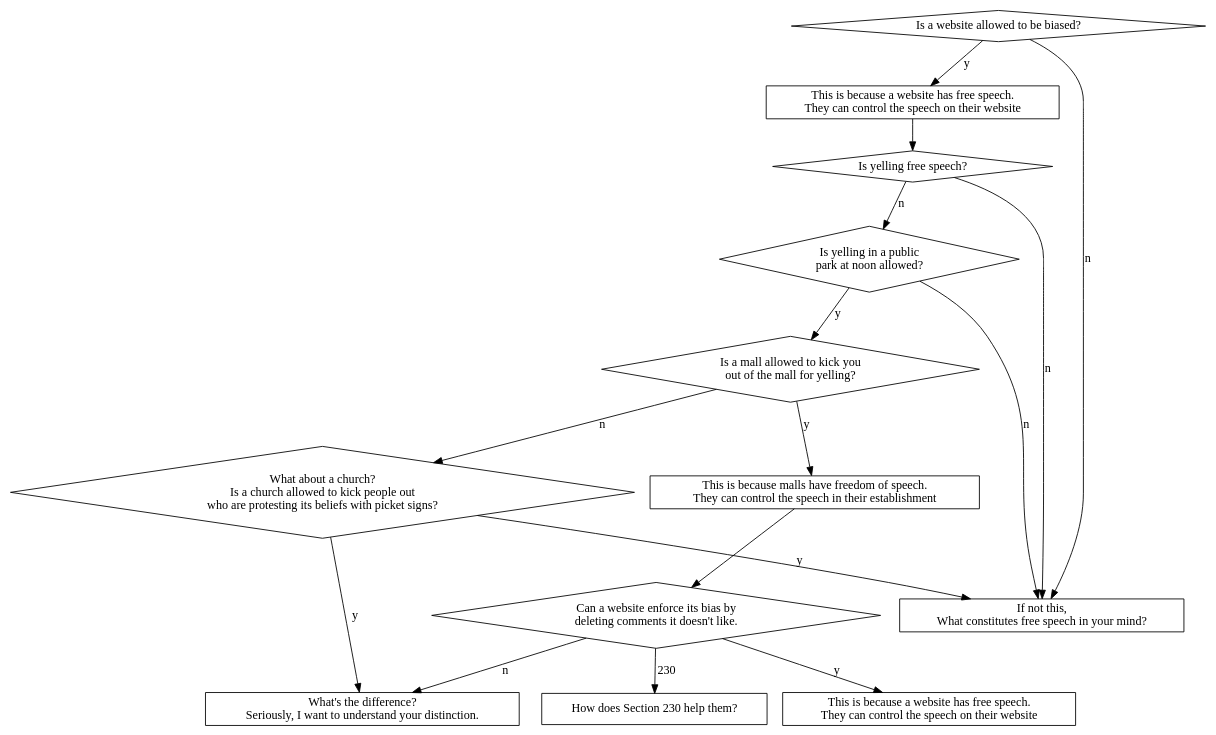
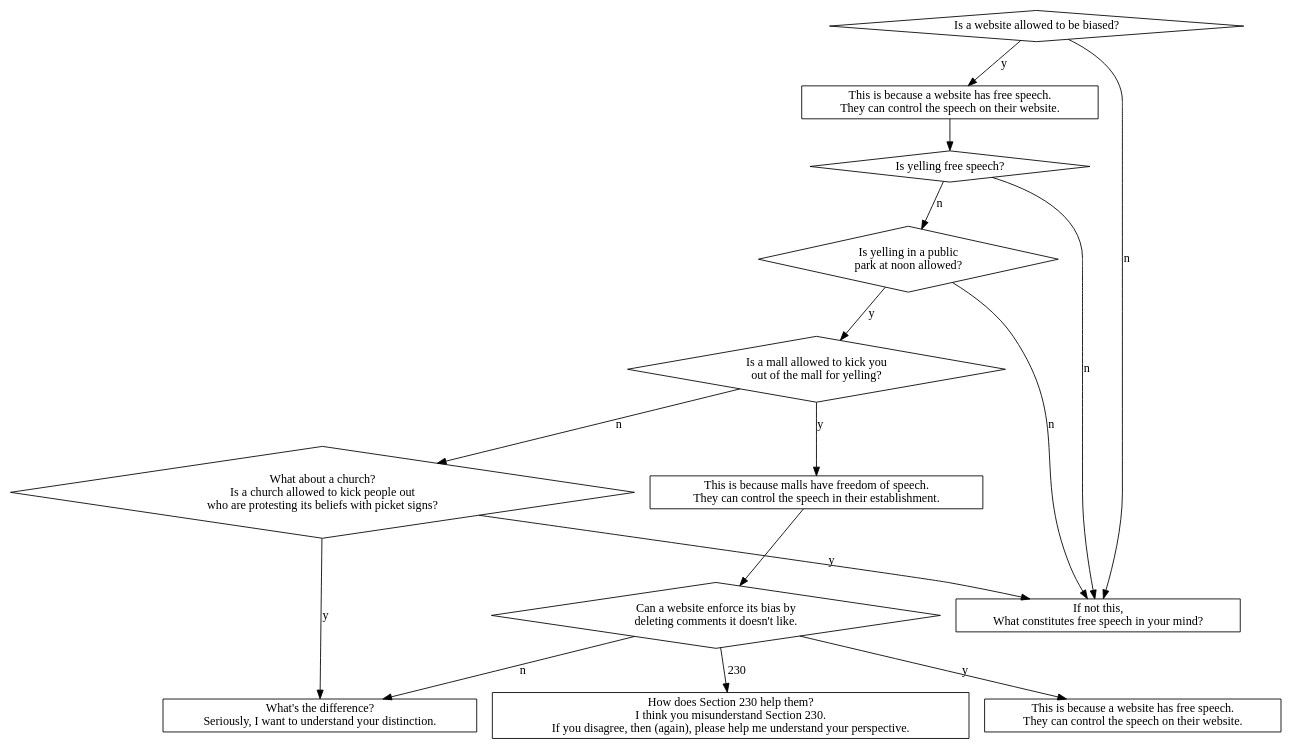
The diagram in speech.dot (mckaysalisbury/politics), drawn with Graphviz before and after one commit.

Commit message:
wrong about 230 link

```diff
--- a/speech.dot
+++ b/speech.dot
@@ -1,37 +1,37 @@
 digraph speech {
   node [shape=diamond]
   websiteBias [label="Is a website allowed to be biased?"]
   websiteBias -> websiteSpeech1 [label="y"]
-  websiteSpeech1,websiteSpeech2 [label="This is because a website has free speech.\nThey can control the speech on their website" shape="rectangle"]
+  websiteSpeech1,websiteSpeech2 [label="This is because a website has free speech.\nThey can control the speech on their website." shape="rectangle"]
   websiteSpeech1 -> yell
   yell [label="Is yelling free speech?"]
   yell -> park [label="n"]
   park [label="Is yelling in a public\npark at noon allowed?"]
   park -> mall [label="y"]
   mall [label="Is a mall allowed to kick you\nout of the mall for yelling?"]
   mall -> mallSpeech [label="y"]
-  mallSpeech [label="This is because malls have freedom of speech.\nThey can control the speech in their establishment" shape=rectangle]
+  mallSpeech [label="This is because malls have freedom of speech.\nThey can control the speech in their establishment." shape=rectangle]
   mallSpeech -> websiteEnforce
 
   websiteEnforce [label="Can a website enforce its bias by\ndeleting comments it doesn't like."]
   websiteEnforce -> websiteSpeech2 [label="y"]
   websiteEnforce -> difference [label="n"]
 
 
   mall -> church [label="n"]
   church [label="What about a church?\nIs a church allowed to kick people out\nwho are protesting its beliefs with picket signs?"]
   church -> difference [label="y"]
   church -> whatIsFreeSpeech [label="y"]
   difference [label="What's the difference?\nSeriously, I want to understand your distinction." shape="rectangle" href="https://blog.mckaysalisbury.com/"]
 
   websiteBias, yell, park -> whatIsFreeSpeech [label="n"]
   whatIsFreeSpeech [label="If not this,\nWhat constitutes free speech in your mind?" shape=rectangle]
   
   websiteEnforce -> 230 [label="230"]
-  230 [label="How does Section 230 help them?" shape=rectangle]
+  230 [label="How does Section 230 help them?\nI think you misunderstand Section 230.\nIf you disagree, then (again), please help me understand your perspective." shape=rectangle href="https://www.techdirt.com/articles/20200531/23325444617/hello-youve-been-referred-here-because-youre-wrong-about-section-230-communications-decency-act.shtml"]
 
 
 
   # home [label="Am I able to control the content that enters my home?"]
 
 }
```
